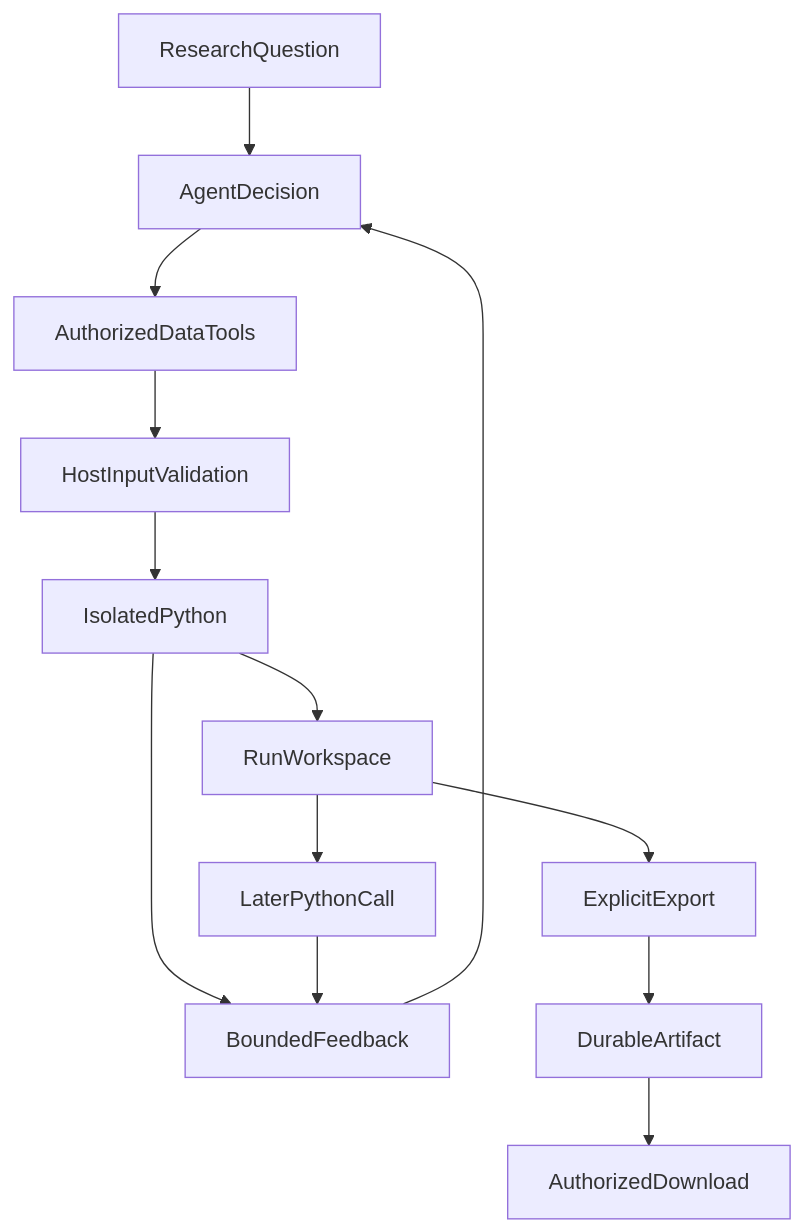
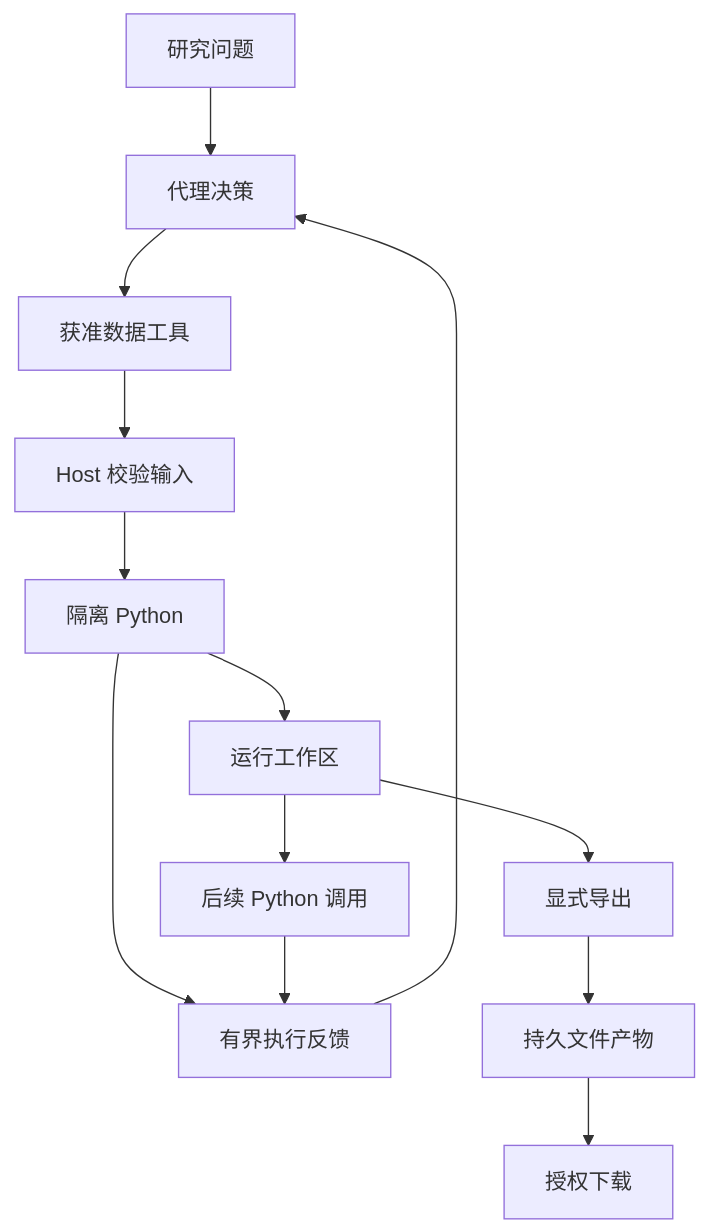
One commit to hpoenixf/eff-agent-article changed the first of 2 diagrams in articles/agent-python-compute-workbench-evolution.md. Above: the diagram before and after it, drawn with Mermaid. The commit also changed other lines of this file and 52 other files, not shown here.

Commit message:
docs: localize diagrams and clarify flagship guides

````diff
--- a/articles/agent-python-compute-workbench-evolution.md
+++ b/articles/agent-python-compute-workbench-evolution.md
@@ -45,15 +45,15 @@
 ```mermaid
 graph TD
-ResearchQuestion --> AgentDecision
-AgentDecision --> AuthorizedDataTools
-AuthorizedDataTools --> HostInputValidation
-HostInputValidation --> IsolatedPython
-IsolatedPython --> BoundedFeedback
+ResearchQuestion["研究问题"] --> AgentDecision["代理决策"]
+AgentDecision --> AuthorizedDataTools["获准数据工具"]
+AuthorizedDataTools --> HostInputValidation["Host 校验输入"]
+HostInputValidation --> IsolatedPython["隔离 Python"]
+IsolatedPython --> BoundedFeedback["有界执行反馈"]
 BoundedFeedback --> AgentDecision
-IsolatedPython --> RunWorkspace
-RunWorkspace --> LaterPythonCall
+IsolatedPython --> RunWorkspace["运行工作区"]
+RunWorkspace --> LaterPythonCall["后续 Python 调用"]
 LaterPythonCall --> BoundedFeedback
-RunWorkspace --> ExplicitExport
-ExplicitExport --> DurableArtifact
-DurableArtifact --> AuthorizedDownload
+RunWorkspace --> ExplicitExport["显式导出"]
+ExplicitExport --> DurableArtifact["持久文件产物"]
+DurableArtifact --> AuthorizedDownload["授权下载"]
 ```
````
